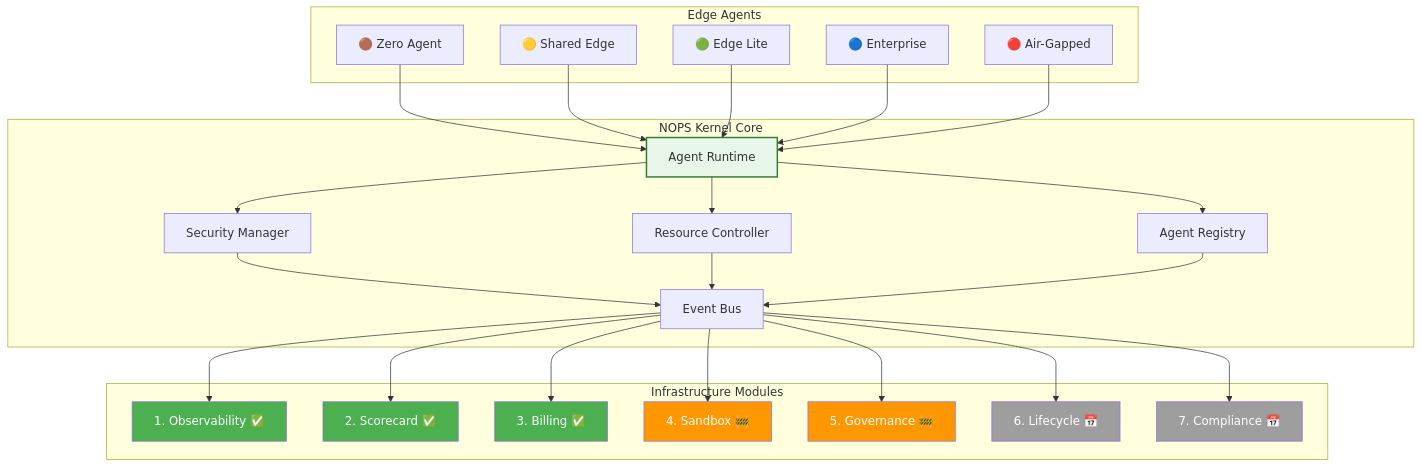
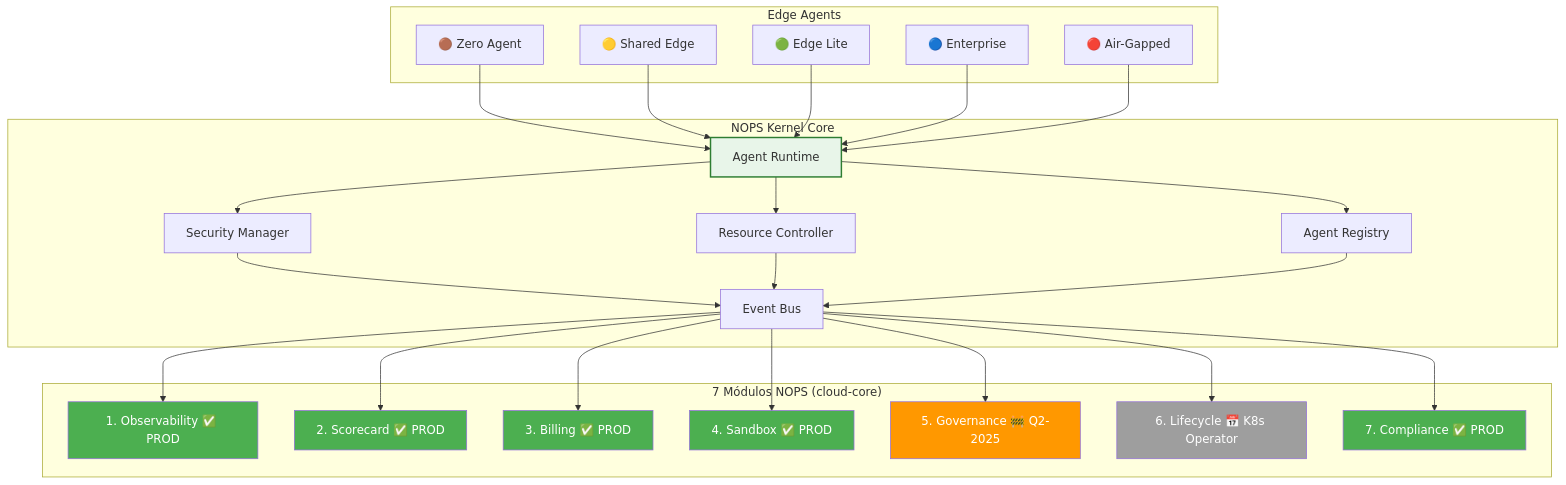
The first of 2 diagrams in docs/01-enis-complete/05-repositorios-enis/edge/nops-kernel/07-nops-master-prompt.md (ANDAON-SA-DE-CV/agent-contracts), drawn with Mermaid before and after one commit. The commit also changed other lines of this file and 2 other files, not shown here.

First line of the commit message:
fix(nops-kernel): Actualizar con 5 API clients implementados en producción

````diff
--- a/docs/01-enis-complete/05-repositorios-enis/edge/nops-kernel/07-nops-master-prompt.md
+++ b/docs/01-enis-complete/05-repositorios-enis/edge/nops-kernel/07-nops-master-prompt.md
@@ -893,42 +1104,42 @@
 ```mermaid
 graph TB
     subgraph "Edge Agents"
         A1[🟤 Zero Agent]
         A2[🟡 Shared Edge]
         A3[🟢 Edge Lite]
         A4[🔵 Enterprise]
         A5[🔴 Air-Gapped]
     end
     
     subgraph "NOPS Kernel Core"
         B[Agent Runtime]
         C[Security Manager]
         D[Resource Controller]
         E[Agent Registry]
         F[Event Bus]
     end
     
-    subgraph "Infrastructure Modules"
-        G[1. Observability ✅]
-        H[2. Scorecard ✅]
-        I[3. Billing ✅]
-        J[4. Sandbox 🚧]
-        K[5. Governance 🚧]
-        L[6. Lifecycle 📅]
-        M[7. Compliance 📅]
+    subgraph "7 Módulos NOPS (cloud-core)"
+        G[1. Observability ✅ PROD]
+        H[2. Scorecard ✅ PROD]
+        I[3. Billing ✅ PROD]
+        J[4. Sandbox ✅ PROD]
+        K[5. Governance 🚧 Q2-2025]
+        L[6. Lifecycle 📅 K8s Operator]
+        M[7. Compliance ✅ PROD]
     end
     
     A1 & A2 & A3 & A4 & A5 --> B
     B --> C & D & E
     C & D & E --> F
     F --> G & H & I & J & K & L & M
     
     style B fill:#e8f5e9,stroke:#2e7d32,stroke-width:2px
     style G fill:#4caf50,color:#fff
     style H fill:#4caf50,color:#fff
     style I fill:#4caf50,color:#fff
-    style J fill:#ff9800,color:#fff
+    style J fill:#4caf50,color:#fff
     style K fill:#ff9800,color:#fff
     style L fill:#9e9e9e,color:#fff
-    style M fill:#9e9e9e,color:#fff
+    style M fill:#4caf50,color:#fff
 ```
````
